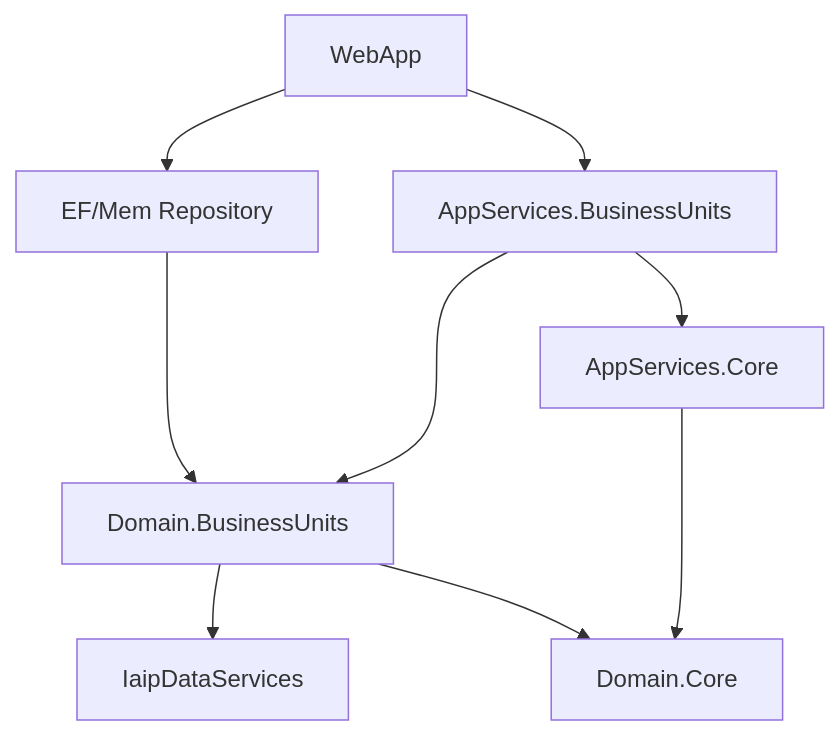
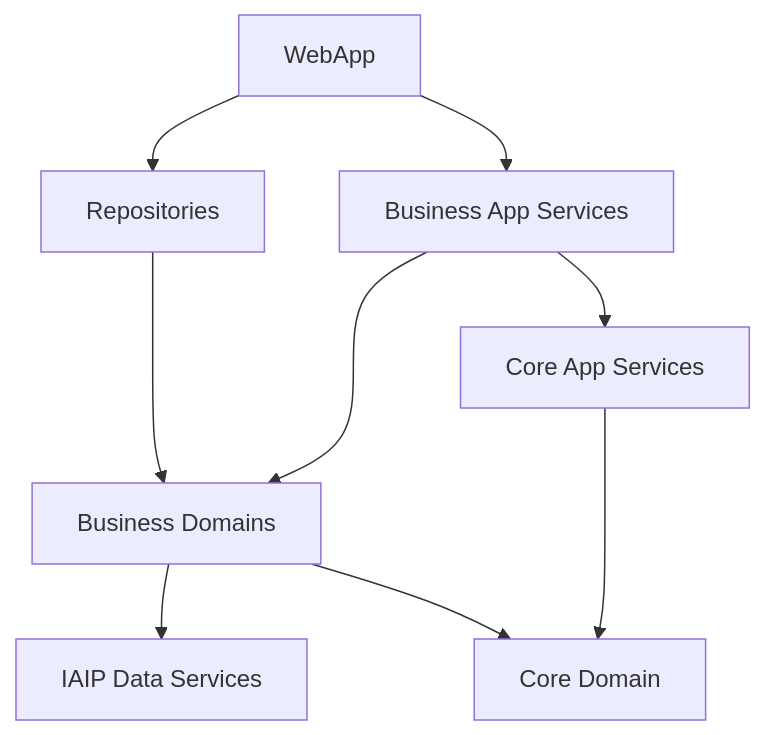
The second of 7 diagrams in README.md (gaepdit/air-web), drawn with Mermaid before and after one commit. The commit also changed other lines of this file and 31 other files, not shown here.

````diff
--- a/README.md
+++ b/README.md
@@ -90,13 +90,13 @@
 ```mermaid
 flowchart TB
-    I[IaipDataServices]
-    DC[Domain.Core]
-    DB[Domain.BusinessUnits] --> I
+    I[IAIP Data Services]
+    DC[Core Domain]
+    DB[Business Domains] --> I
     DB --> DC
-    AC[AppServices.Core] ---> DC
-    AB[AppServices.BusinessUnits] ---> DB
+    AC[Core App Services] ---> DC
+    AB[Business App Services] ---> DB
     AB --> AC
-    R[EF/Mem Repository] ---> DB
+    R[Repositories] ---> DB
     W[WebApp] --> R
     W --> AB
 ```
````
